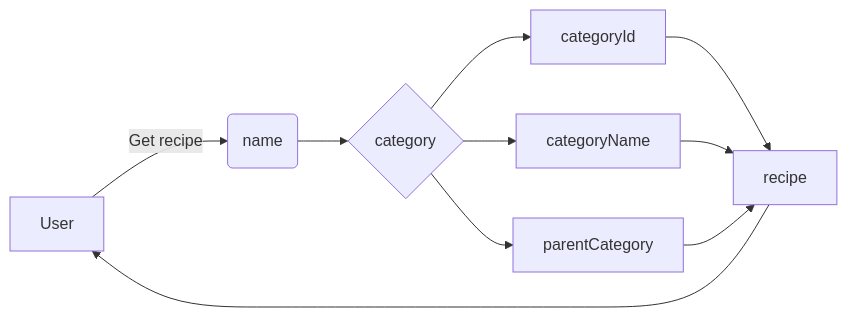
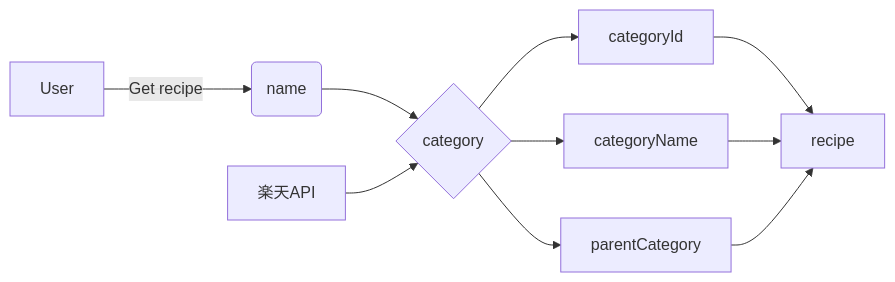
One commit to oninopantsu/wagayanoreizouko changed the diagram in APICall.md. Above: the diagram before and after it, drawn with Mermaid. The commit also changed 1 other file, not shown here.

Commit message:
APIcall update

````diff
--- a/APICall.md
+++ b/APICall.md
@@ -2,12 +2,12 @@
 ```mermaid
 graph LR
-  A[User] -->|Get recipe| B(name)
+A[User] -->|Get recipe| B(name)
     B --> C{category}
+    H[楽天API] --> C
     C --> D[categoryId]
     C --> E[categoryName]
     C -->F[parentCategory]
     D -->G[recipe]
     E -->G
-    F -->G 
-    G --> A
+    F -->G
 ```
````
